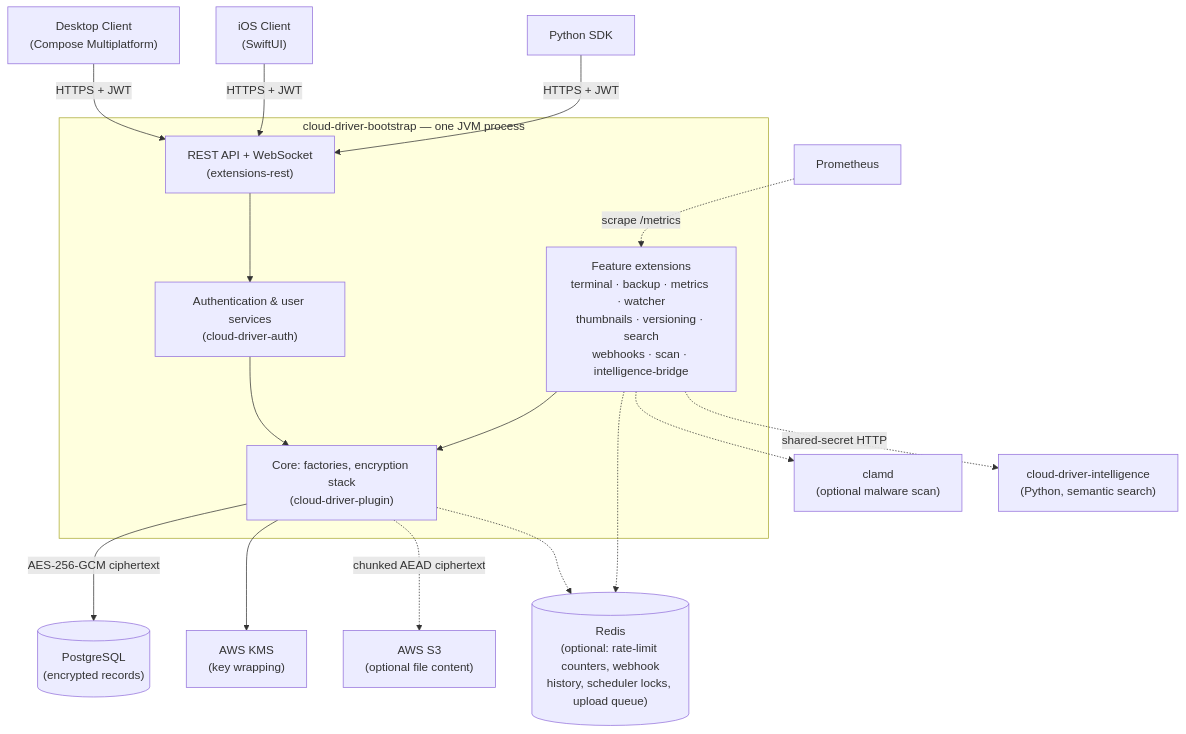
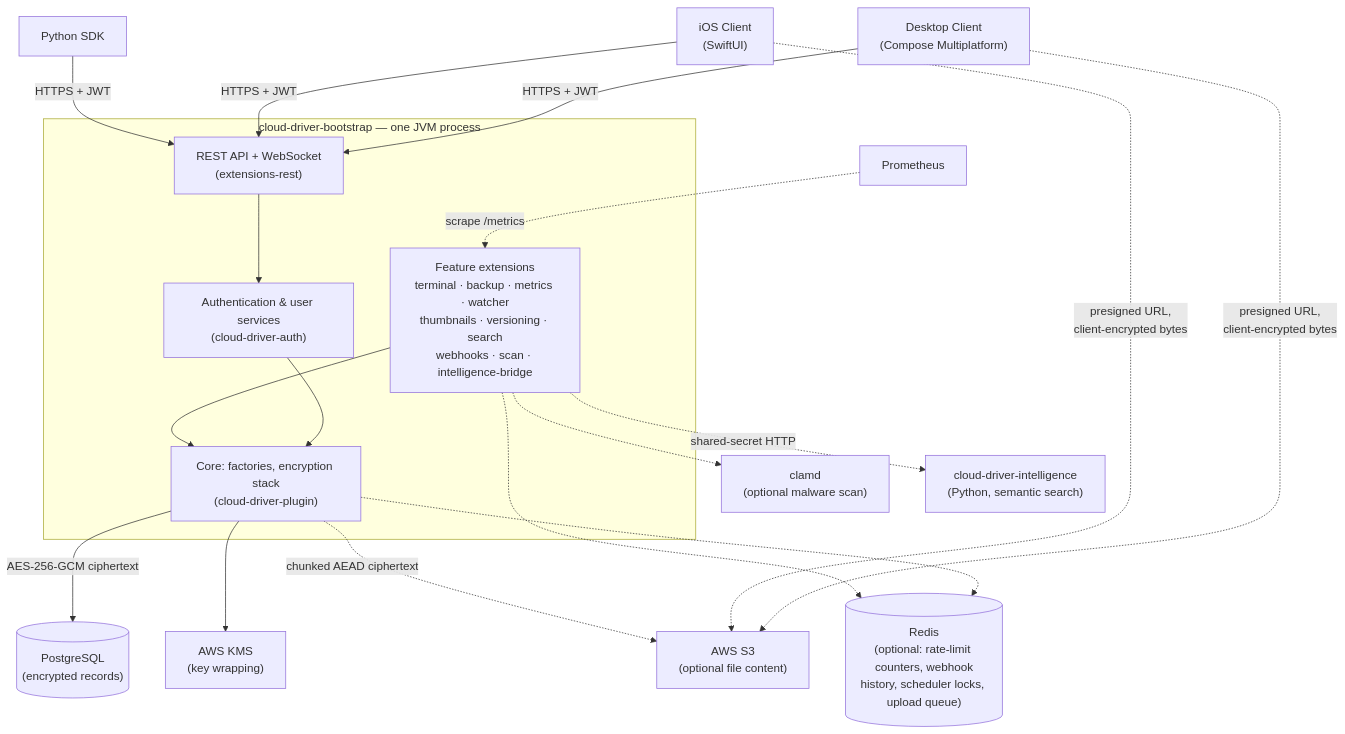
One commit to linoalessio/cloud-driver changed the first of 8 diagrams in README.md. Above: the diagram before and after it, drawn with Mermaid. The commit also changed other lines of this file and 78 other files, not shown here.

Commit message:
Docs: refresh README.md and docs/ against the current code, diagrams include

````diff
--- a/README.md
+++ b/README.md
@@ -167,36 +177,38 @@
 ```mermaid
 flowchart TD
     DESKTOP["Desktop Client<br/>(Compose Multiplatform)"]
     MOBILE["iOS Client<br/>(SwiftUI)"]
     PY["Python SDK"]
 
     subgraph BACKEND["cloud-driver-bootstrap — one JVM process"]
         REST["REST API + WebSocket<br/>(extensions-rest)"]
         AUTH["Authentication & user services<br/>(cloud-driver-auth)"]
         CORE["Core: factories, encryption stack<br/>(cloud-driver-plugin)"]
         EXT["Feature extensions<br/>terminal · backup · metrics · watcher<br/>thumbnails · versioning · search<br/>webhooks · scan · intelligence-bridge"]
     end
 
     DB[("PostgreSQL<br/>(encrypted records)")]
     KMS["AWS KMS<br/>(key wrapping)"]
     S3["AWS S3<br/>(optional file content)"]
     CLAM["clamd<br/>(optional malware scan)"]
     REDIS[("Redis<br/>(optional: rate-limit counters, webhook<br/>history, scheduler locks, upload queue)")]
     INTEL["cloud-driver-intelligence<br/>(Python, semantic search)"]
     PROM["Prometheus"]
 
     DESKTOP -->|HTTPS + JWT| REST
     MOBILE -->|HTTPS + JWT| REST
     PY -->|HTTPS + JWT| REST
+    DESKTOP -.->|"presigned URL,<br/>client-encrypted bytes"| S3
+    MOBILE -.->|"presigned URL,<br/>client-encrypted bytes"| S3
     REST --> AUTH
     AUTH --> CORE
     EXT --> CORE
     CORE -->|AES-256-GCM ciphertext| DB
     CORE --> KMS
     CORE -.->|chunked AEAD ciphertext| S3
     EXT -.-> CLAM
     CORE -.-> REDIS
     EXT -.-> REDIS
     EXT -.->|shared-secret HTTP| INTEL
     PROM -.->|scrape /metrics| EXT
 ```
````
